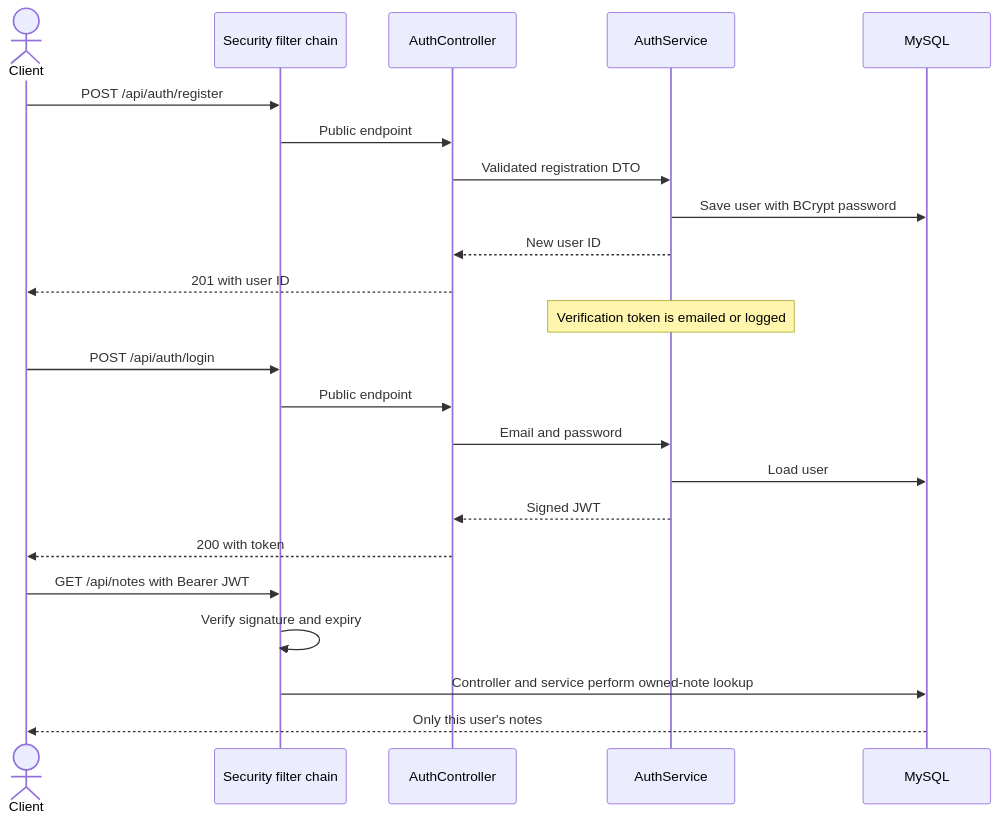
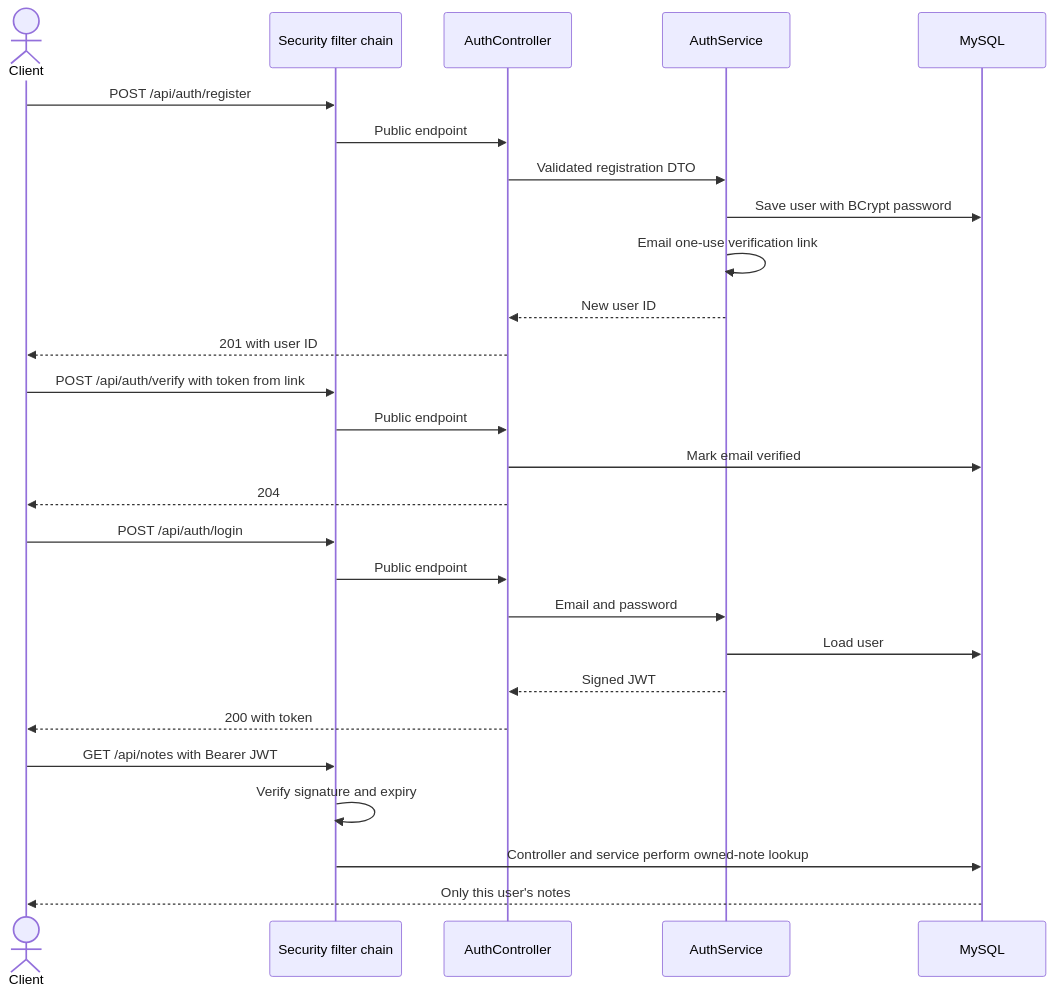
One commit to Mihir-Lakhani/Bridgelabz-Fundoo-Notes changed the third of 5 diagrams in README.md. Above: the diagram before and after it, drawn with Mermaid. The commit also changed other lines of this file, not shown here.

Commit message:
[Mihir Lakhani] : Update email verification setup guide

````diff
--- a/README.md
+++ b/README.md
@@ -105,25 +120,29 @@
 ```mermaid
 sequenceDiagram
     actor Client
     participant Security as Security filter chain
     participant Auth as AuthController
     participant Service as AuthService
     participant DB as MySQL
     Client->>Security: POST /api/auth/register
     Security->>Auth: Public endpoint
     Auth->>Service: Validated registration DTO
     Service->>DB: Save user with BCrypt password
+    Service->>Service: Email one-use verification link
     Service-->>Auth: New user ID
     Auth-->>Client: 201 with user ID
-    Note over Service: Verification token is emailed or logged
+    Client->>Security: POST /api/auth/verify with token from link
+    Security->>Auth: Public endpoint
+    Auth->>DB: Mark email verified
+    Auth-->>Client: 204
     Client->>Security: POST /api/auth/login
     Security->>Auth: Public endpoint
     Auth->>Service: Email and password
     Service->>DB: Load user
     Service-->>Auth: Signed JWT
     Auth-->>Client: 200 with token
     Client->>Security: GET /api/notes with Bearer JWT
     Security->>Security: Verify signature and expiry
     Security->>DB: Controller and service perform owned-note lookup
     DB-->>Client: Only this user's notes
 ```
````
